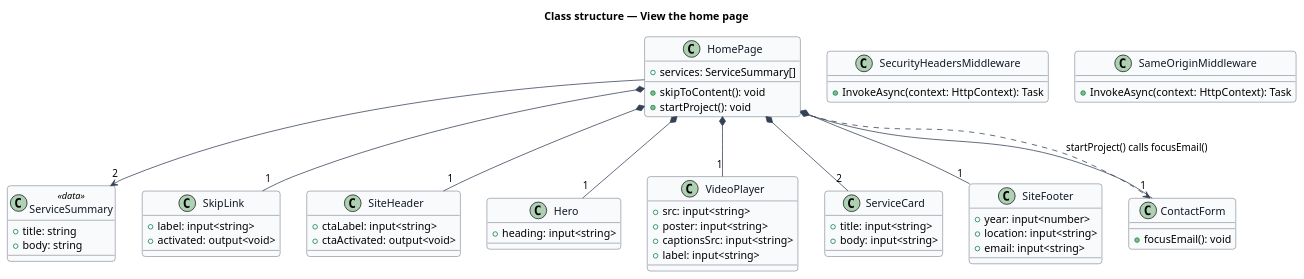
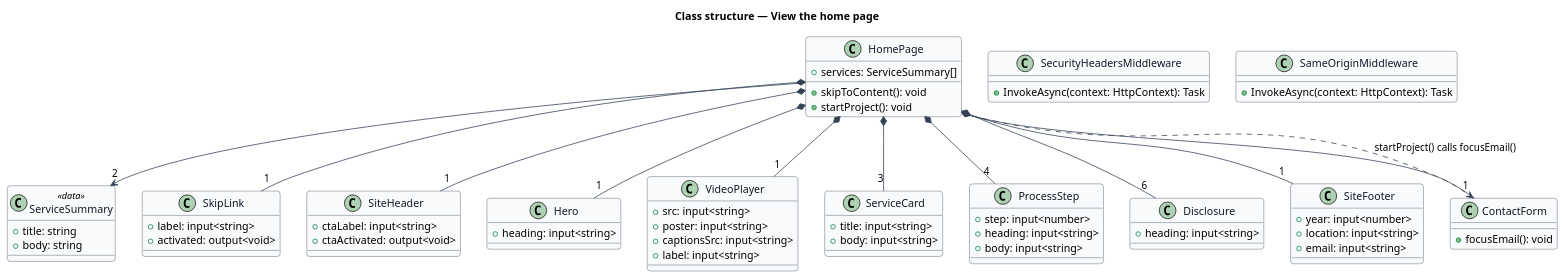
The diagram in docs/detailed-designs/site/view-home-page/diagrams/class-structure.puml (QuinntyneBrown/goodwork), drawn with PlantUML before and after one commit. The commit also changed 78 other files, not shown here.

First line of the commit message:
Specify products, work process and FAQ sections for the home page

```diff
--- a/docs/detailed-designs/site/view-home-page/diagrams/class-structure.puml
+++ b/docs/detailed-designs/site/view-home-page/diagrams/class-structure.puml
@@ -1,67 +1,77 @@
 @startuml
 skinparam backgroundColor #FFFFFF
 skinparam shadowing false
 skinparam roundcorner 8
 skinparam defaultFontName Arial
 skinparam ArrowColor #344054
 skinparam class {
   BorderColor #344054
   FontColor #101828
   BackgroundColor #F9FAFB
 }
 title Class structure — View the home page
 
 class HomePage {
   +services: ServiceSummary[]
   +skipToContent(): void
   +startProject(): void
 }
 class ServiceSummary <<data>> {
   +title: string
   +body: string
 }
 class SkipLink {
   +label: input<string>
   +activated: output<void>
 }
 class SiteHeader {
   +ctaLabel: input<string>
   +ctaActivated: output<void>
 }
 class Hero {
   +heading: input<string>
 }
 class VideoPlayer {
   +src: input<string>
   +poster: input<string>
   +captionsSrc: input<string>
   +label: input<string>
 }
 class ServiceCard {
   +title: input<string>
   +body: input<string>
 }
+class ProcessStep {
+  +step: input<number>
+  +heading: input<string>
+  +body: input<string>
+}
+class Disclosure {
+  +heading: input<string>
+}
 class SiteFooter {
   +year: input<number>
   +location: input<string>
   +email: input<string>
 }
 class ContactForm {
   +focusEmail(): void
 }
 class SecurityHeadersMiddleware {
   +InvokeAsync(context: HttpContext): Task
 }
 class SameOriginMiddleware {
   +InvokeAsync(context: HttpContext): Task
 }
 HomePage *-- "1" SkipLink
 HomePage *-- "1" SiteHeader
 HomePage *-- "1" Hero
 HomePage *-- "1" VideoPlayer
-HomePage *-- "2" ServiceCard
+HomePage *-- "3" ServiceCard
+HomePage *-- "4" ProcessStep
+HomePage *-- "6" Disclosure
 HomePage *-- "1" ContactForm
 HomePage *-- "1" SiteFooter
 HomePage --> "2" ServiceSummary
 HomePage ..> ContactForm : startProject() calls focusEmail()
 @enduml
```
